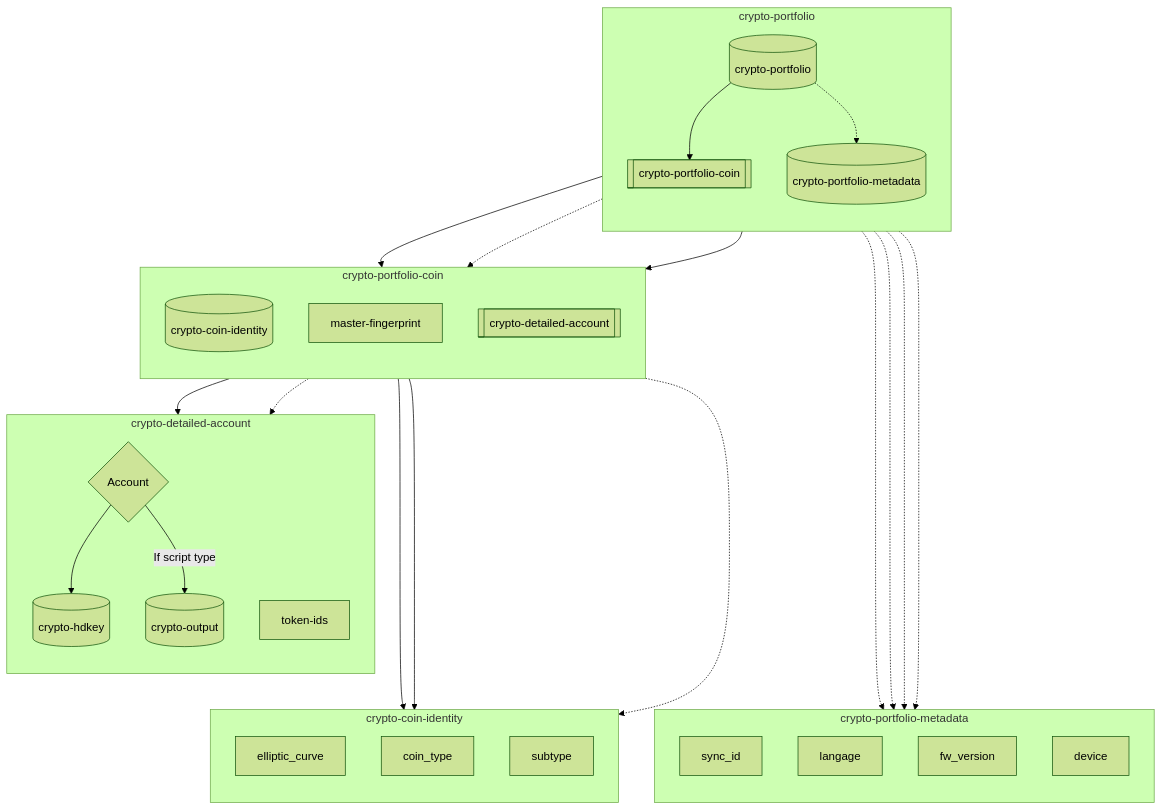
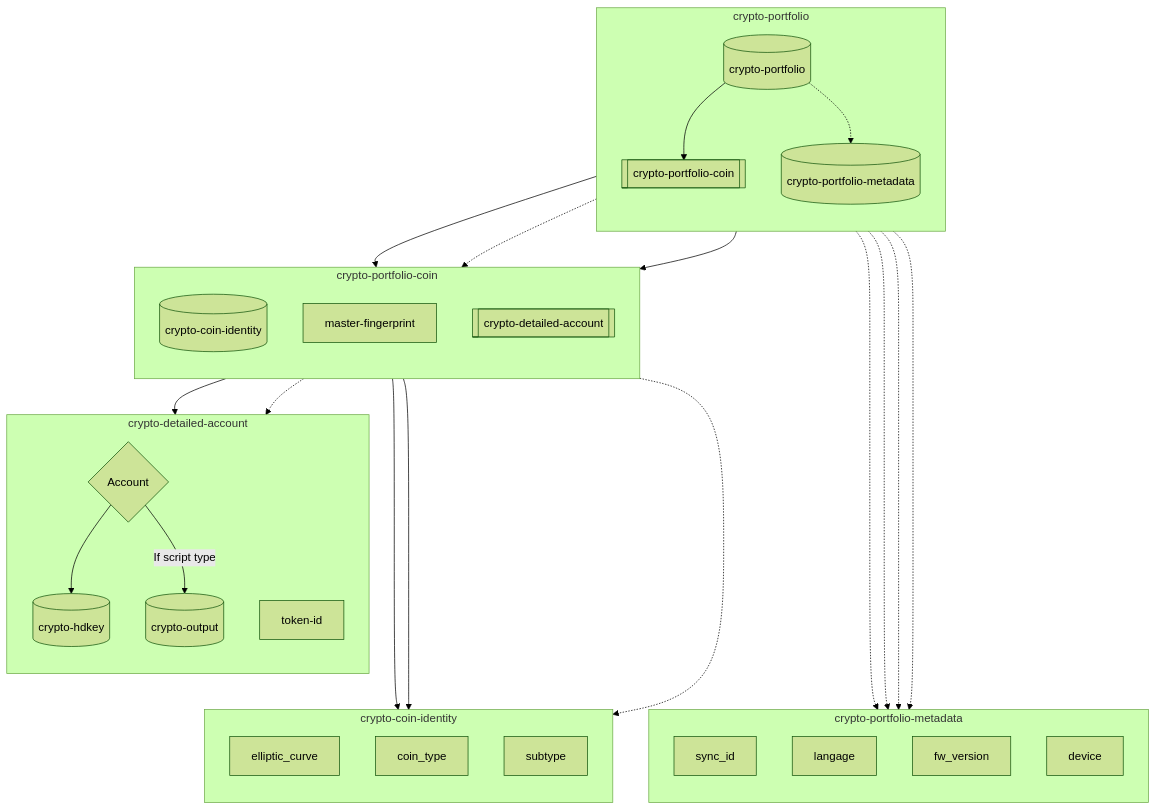
The fourth of 4 diagrams in papers/nbcr-2023-002-multi-layer-sync.md (ngraveio/Research), drawn with Mermaid (forest theme) before and after one commit. The commit also changed other lines of this file, not shown here.

````diff
--- a/papers/nbcr-2023-002-multi-layer-sync.md
+++ b/papers/nbcr-2023-002-multi-layer-sync.md
@@ -445,44 +445,44 @@
 ```mermaid
 flowchart TB
 	%% crypto-sync breakdown
 	Sync[(crypto-portfolio)]
 	subgraph crypto-portfolio
     direction TB
 	Sync --> Coins[[crypto-portfolio-coin]]
 	Sync -.-> Meta[(crypto-portfolio-metadata)]
     end
 
 	%% crypto-portfolio-metadata breakdown
 	subgraph crypto-portfolio-metadata
     direction TB
 	Meta -...-> sync_id
 	Meta -...-> langage
 	Meta -...-> fw_version
 	Meta -...-> device
 	end
 
 	%% crypto-portfolio-coin breakdown
 	subgraph crypto-portfolio-coin
     direction TB
 	Coins --> ID[(crypto-coin-identity)]
     Coins -.-> MF2[master-fingerprint]
 	Coins --> DetAcc[[crypto-detailed-account]]
     end
 
     %% crypto-detailed-account breakdown
     subgraph crypto-detailed-account
     direction TB
     DetAcc --> key{Account}
 	key --> HD[(crypto-hdkey)]
 	key --> |If script type| Out[(crypto-output)]
-	DetAcc -.-> token-ids
+	DetAcc -.-> token-id
 	end
 
 	%% crypto-coin-identity breakdown
 	subgraph crypto-coin-identity
     direction TB
 	ID ---> elliptic_curve
 	ID ---> coin_type
 	ID -..-> subtype
 	end
 ```
````
